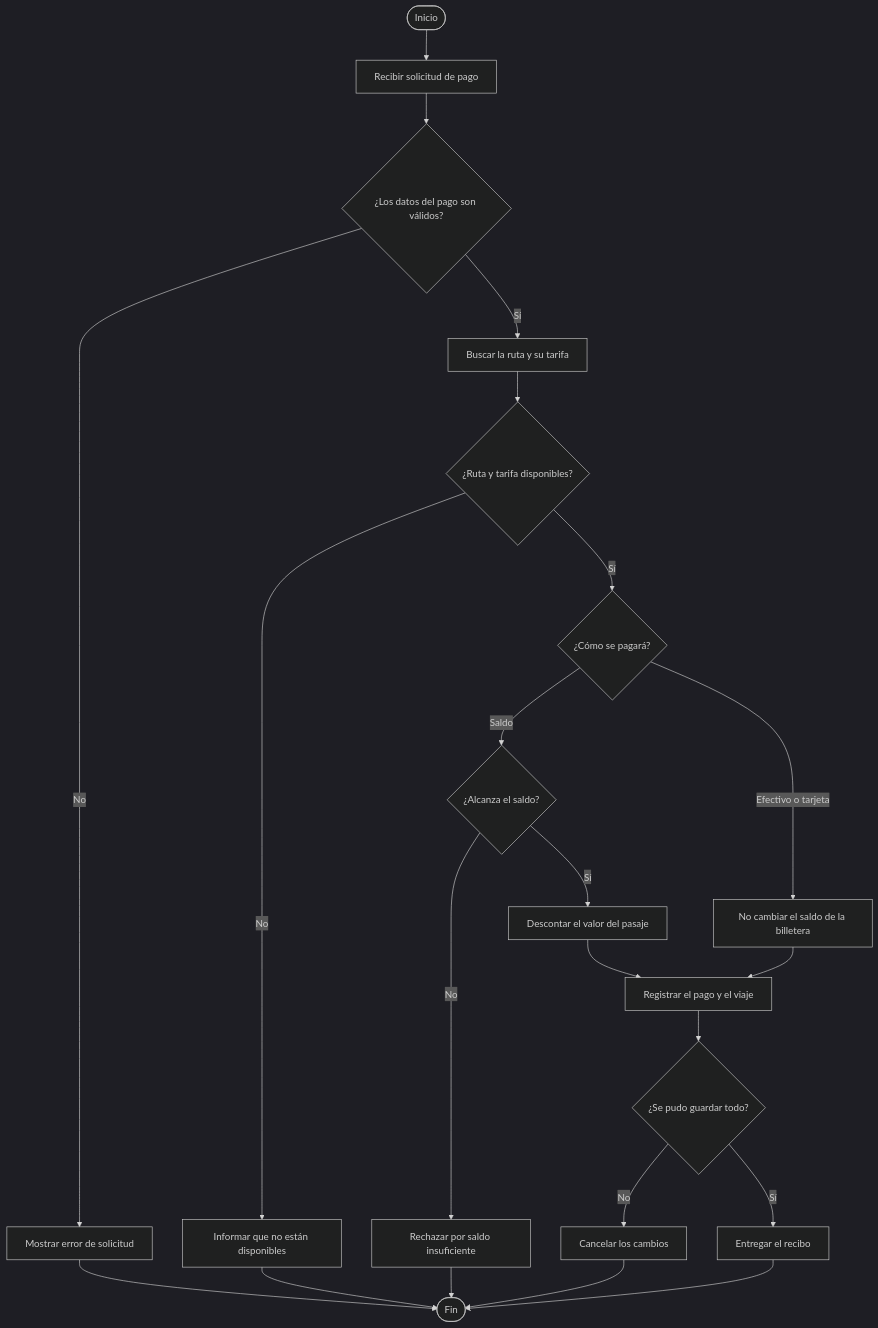
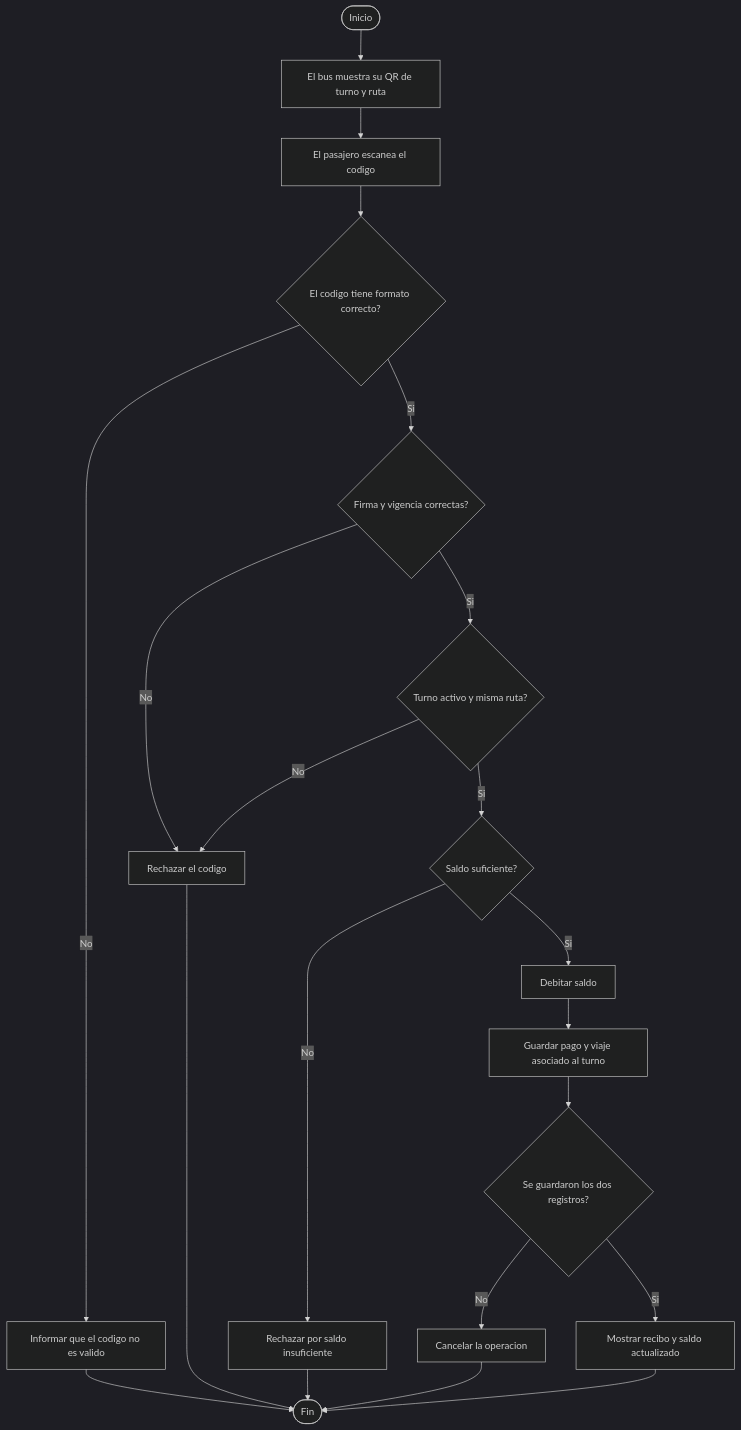
The third of 4 diagrams in backend/docs/uml_mvc_y_entregables.md (zNicolasDev/QrPass), drawn with Mermaid (dark theme) before and after one commit. The commit also changed other lines of this file and 17 other files, not shown here.

First line of the commit message:
Implementa pago con QR del bus y transbordo

````diff
--- a/backend/docs/uml_mvc_y_entregables.md
+++ b/backend/docs/uml_mvc_y_entregables.md
@@ -91,24 +89,23 @@
 ```mermaid
 flowchart TD
-    A([Inicio]) --> B[Recibir solicitud de pago]
-    B --> C{¿Los datos del pago son válidos?}
-    C -- No --> X[Mostrar error de solicitud]
-    C -- Sí --> D[Buscar la ruta y su tarifa]
-    D --> E{¿Ruta y tarifa disponibles?}
-    E -- No --> Y[Informar que no están disponibles]
-    E -- Sí --> F{¿Cómo se pagará?}
-    F -- Saldo --> G{¿Alcanza el saldo?}
+    A([Inicio]) --> B[El bus muestra su QR de turno y ruta]
+    B --> C[El pasajero escanea el codigo]
+    C --> D{El codigo tiene formato correcto?}
+    D -- No --> X[Informar que el codigo no es valido]
+    D -- Si --> E{Firma y vigencia correctas?}
+    E -- No --> Y[Rechazar el codigo]
+    E -- Si --> F{Turno activo y misma ruta?}
+    F -- No --> Y
+    F -- Si --> G{Saldo suficiente?}
     G -- No --> Z[Rechazar por saldo insuficiente]
-    G -- Sí --> H[Descontar el valor del pasaje]
-    F -- Efectivo o tarjeta --> I[No cambiar el saldo de la billetera]
-    H --> J[Registrar el pago y el viaje]
-    I --> J
-    J --> K{¿Se pudo guardar todo?}
-    K -- No --> L[Cancelar los cambios]
-    K -- Sí --> M[Entregar el recibo]
-    X --> N([Fin])
-    Y --> N
-    Z --> N
-    L --> N
-    M --> N
+    G -- Si --> H[Debitar saldo]
+    H --> I[Guardar pago y viaje asociado al turno]
+    I --> J{Se guardaron los dos registros?}
+    J -- No --> K[Cancelar la operacion]
+    J -- Si --> L[Mostrar recibo y saldo actualizado]
+    X --> M([Fin])
+    Y --> M
+    Z --> M
+    K --> M
+    L --> M
 ```
````
